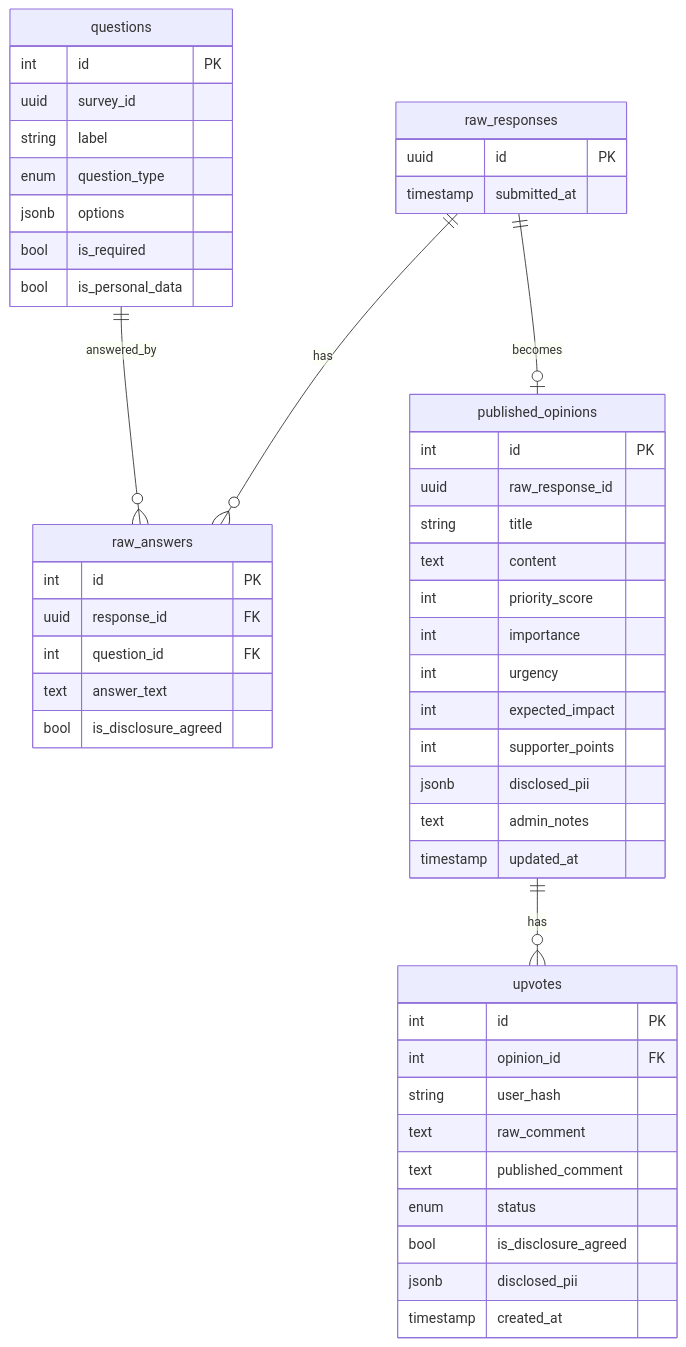
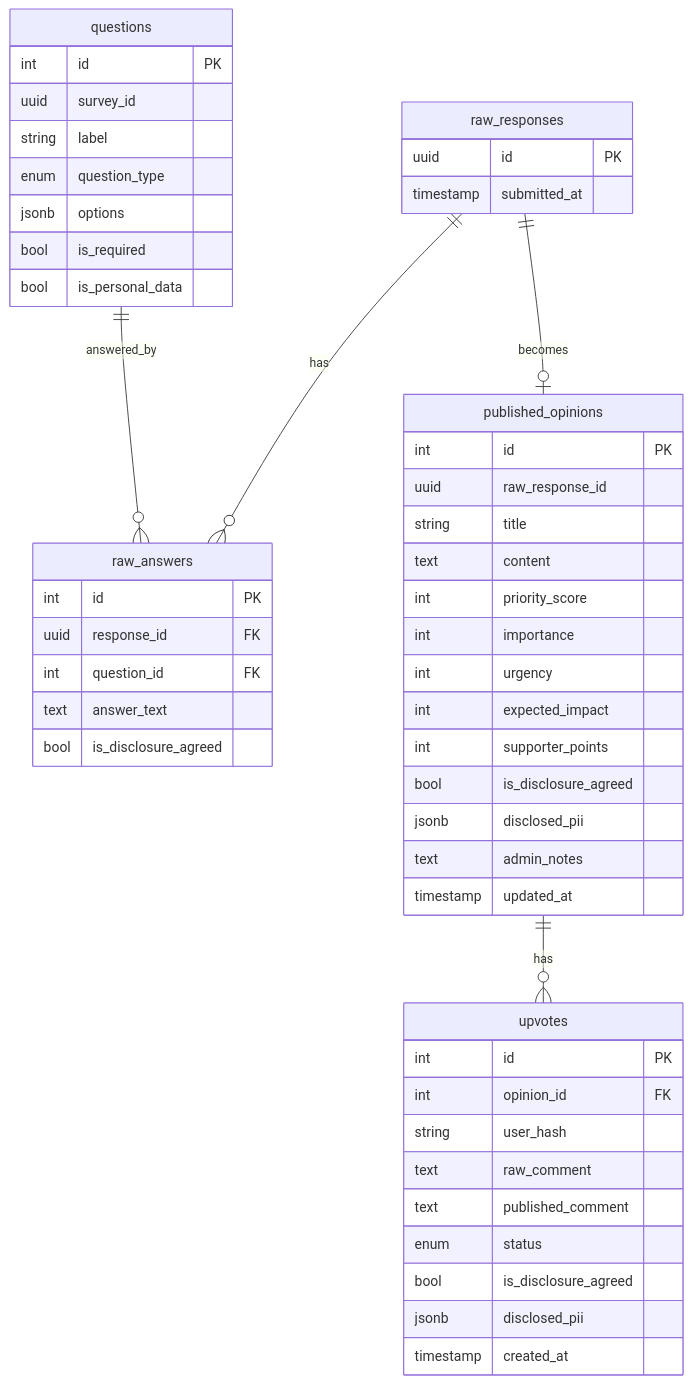
One commit to kawahara-dev0/StrategicSurveyEngine changed the fourth of 4 diagrams in .kiro/specs/strategic-survey-en/design.md. Above: the diagram before and after it, drawn with Mermaid. The commit also changed other lines of this file and 21 other files, not shown here.

````diff
--- a/.kiro/specs/strategic-survey-en/design.md
+++ b/.kiro/specs/strategic-survey-en/design.md
@@ -120,57 +120,58 @@
 ```mermaid
 erDiagram
     questions {
         int id PK
         uuid survey_id
         string label
         enum question_type
         jsonb options
         bool is_required
         bool is_personal_data
     }
 
     raw_responses {
         uuid id PK
         timestamp submitted_at
     }
 
     raw_answers {
         int id PK
         uuid response_id FK
         int question_id FK
         text answer_text
         bool is_disclosure_agreed
     }
 
     published_opinions {
         int id PK
         uuid raw_response_id
         string title
         text content
         int priority_score
         int importance
         int urgency
         int expected_impact
         int supporter_points
+        bool is_disclosure_agreed
         jsonb disclosed_pii
         text admin_notes
         timestamp updated_at
     }
 
     upvotes {
         int id PK
         int opinion_id FK
         string user_hash
         text raw_comment
         text published_comment
         enum status
         bool is_disclosure_agreed
         jsonb disclosed_pii
         timestamp created_at
     }
 
     raw_responses ||--o{ raw_answers : has
     questions ||--o{ raw_answers : answered_by
     raw_responses ||--o| published_opinions : becomes
     published_opinions ||--o{ upvotes : has
 ```
````
